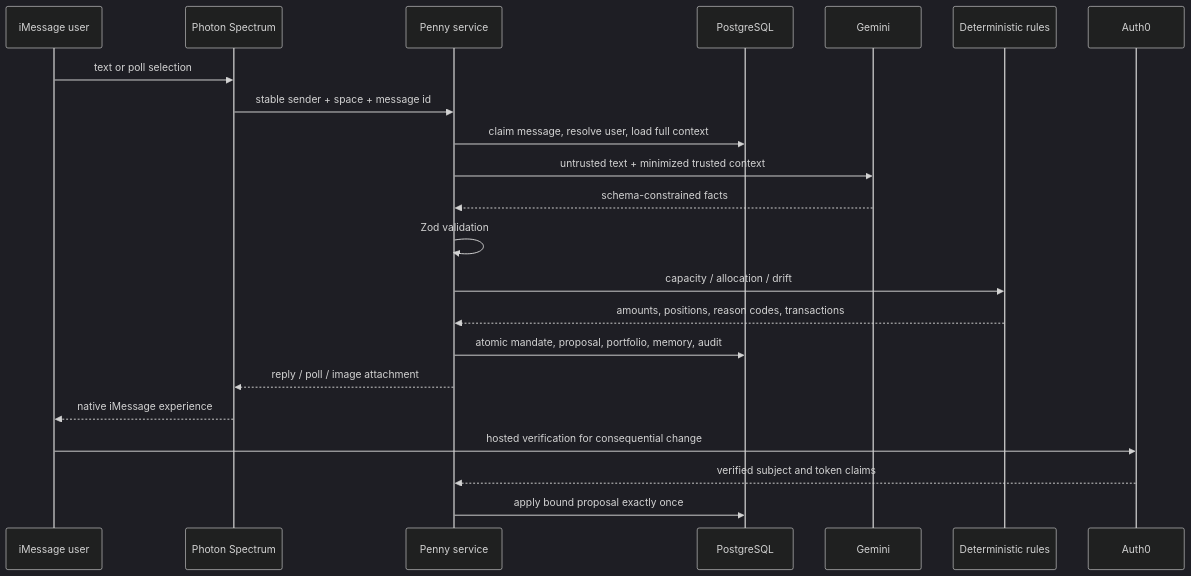
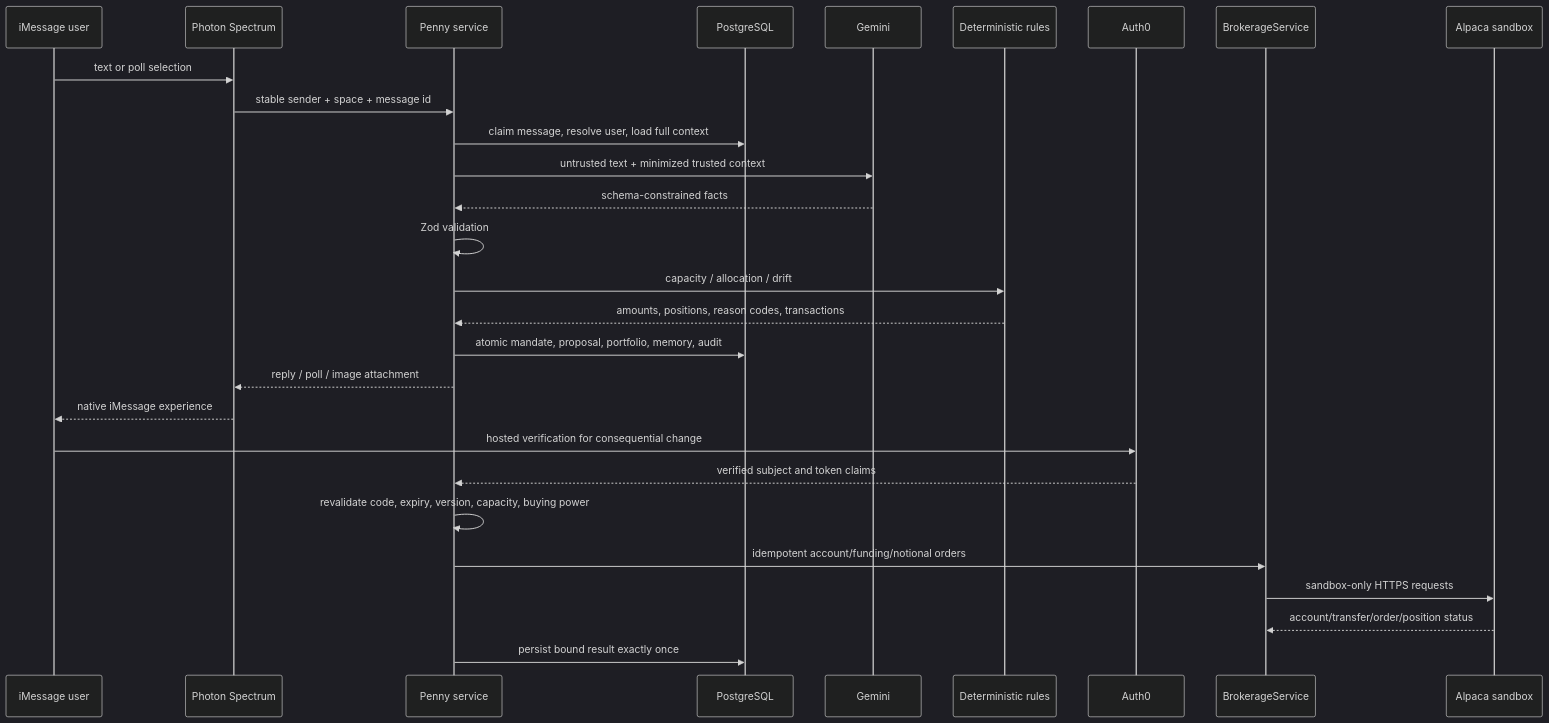
Before and after one commit to TypicalTeague/Penny-HackLanta: the diagram in docs/architecture.md, drawn with Mermaid (dark theme). The commit also changed other lines of this file and 29 other files, not shown here.

Commit message:
Add Alpaca sandbox brokerage integration

````diff
--- a/docs/architecture.md
+++ b/docs/architecture.md
@@ -3,25 +3,31 @@
 ```mermaid
 sequenceDiagram
   participant U as iMessage user
   participant P as Photon Spectrum
   participant A as Penny service
   participant DB as PostgreSQL
   participant G as Gemini
   participant R as Deterministic rules
   participant H as Auth0
+  participant B as BrokerageService
+  participant L as Alpaca sandbox
 
   U->>P: text or poll selection
   P->>A: stable sender + space + message id
   A->>DB: claim message, resolve user, load full context
   A->>G: untrusted text + minimized trusted context
   G-->>A: schema-constrained facts
   A->>A: Zod validation
   A->>R: capacity / allocation / drift
   R-->>A: amounts, positions, reason codes, transactions
   A->>DB: atomic mandate, proposal, portfolio, memory, audit
   A-->>P: reply / poll / image attachment
   P-->>U: native iMessage experience
   U->>H: hosted verification for consequential change
   H-->>A: verified subject and token claims
-  A->>DB: apply bound proposal exactly once
+  A->>A: revalidate code, expiry, version, capacity, buying power
+  A->>B: idempotent account/funding/notional orders
+  B->>L: sandbox-only HTTPS requests
+  L-->>B: account/transfer/order/position status
+  A->>DB: persist bound result exactly once
 ```
````
